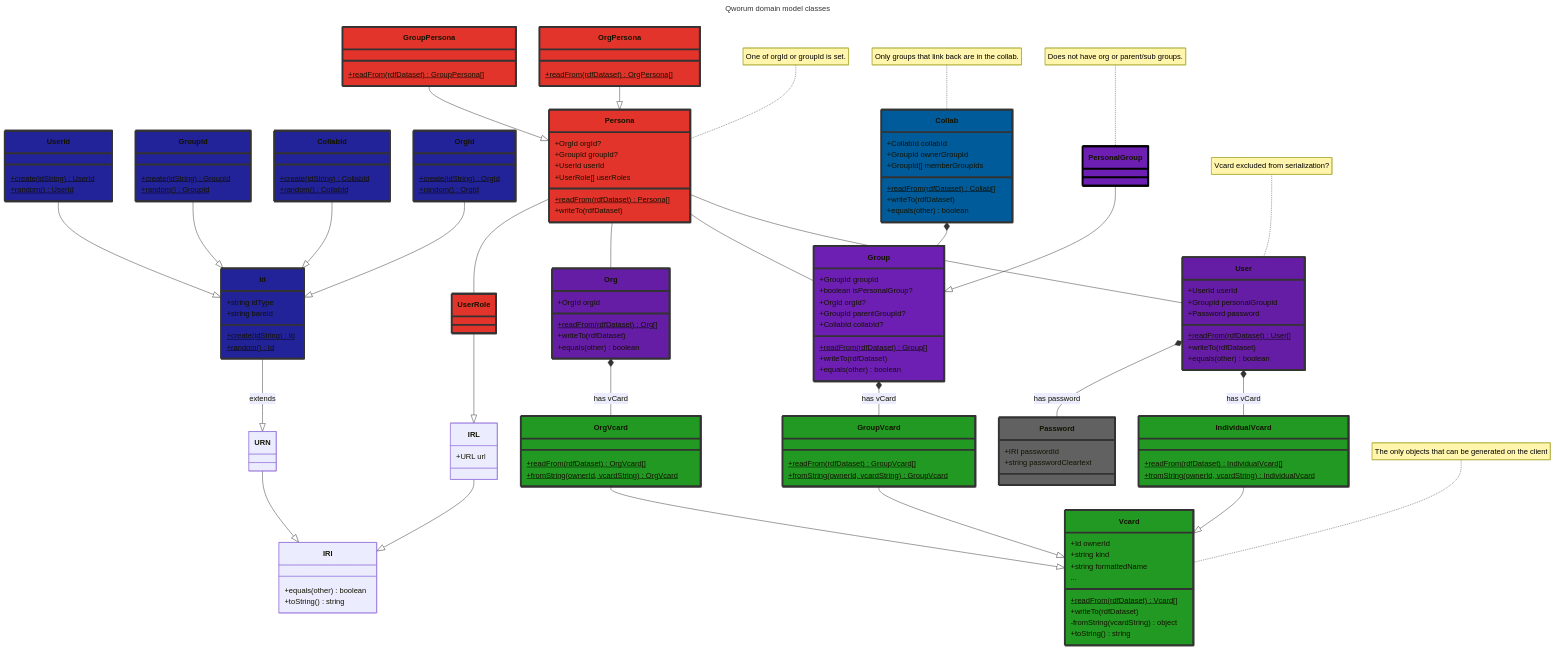
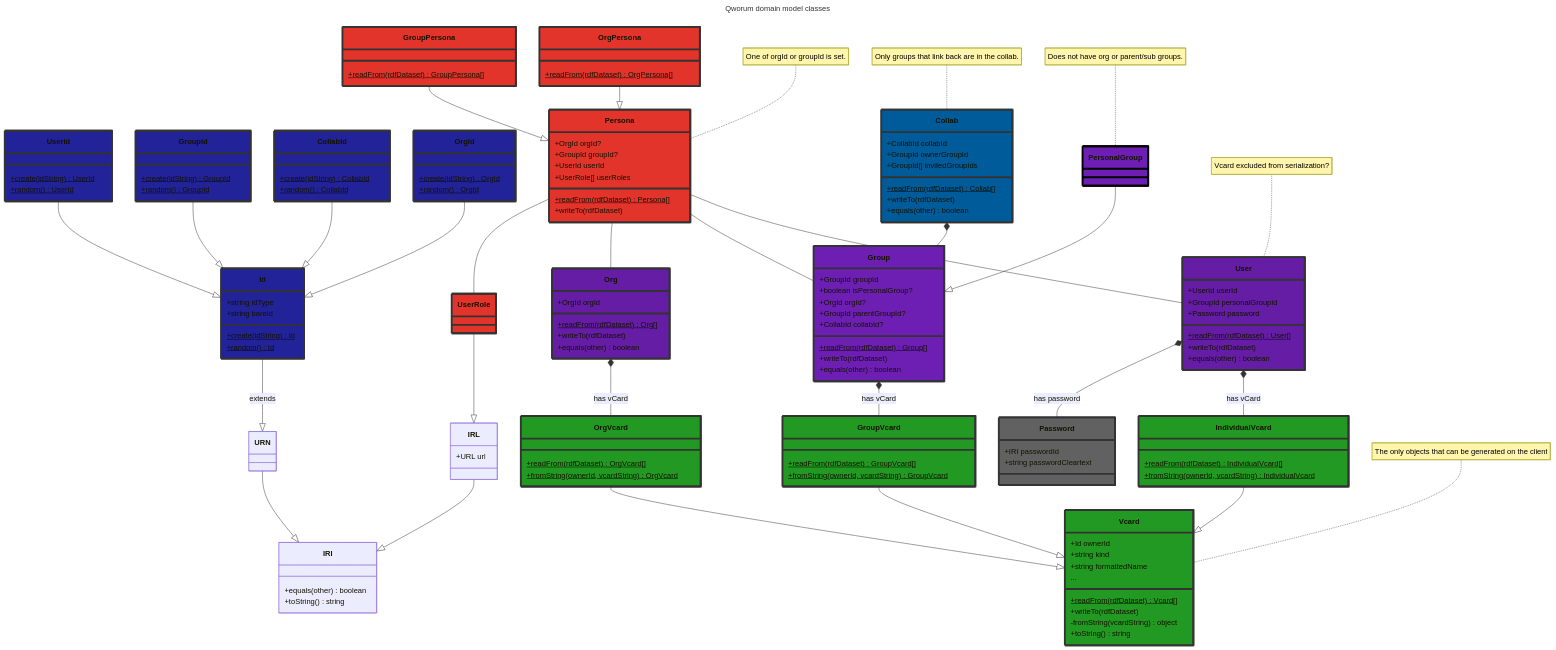
One commit to doga/qworum-domain-model changed the first of 2 diagrams in README.md. Above: the diagram before and after it, drawn with Mermaid. The commit also changed 3 other files, not shown here.

```diff
--- a/README.md
+++ b/README.md
@@ -71,10 +71,10 @@
     +writeTo(rdfDataset)
     +equals(other) boolean
   }
-  class Collab {
+  class Collab{
     +CollabId collabId
     +GroupId ownerGroupId
-    +GroupId[] memberGroupIds
+    +GroupId[] invitedGroupIds
     +readFrom(rdfDataset) Collab[]$
     +writeTo(rdfDataset)
     +equals(other) boolean
```
